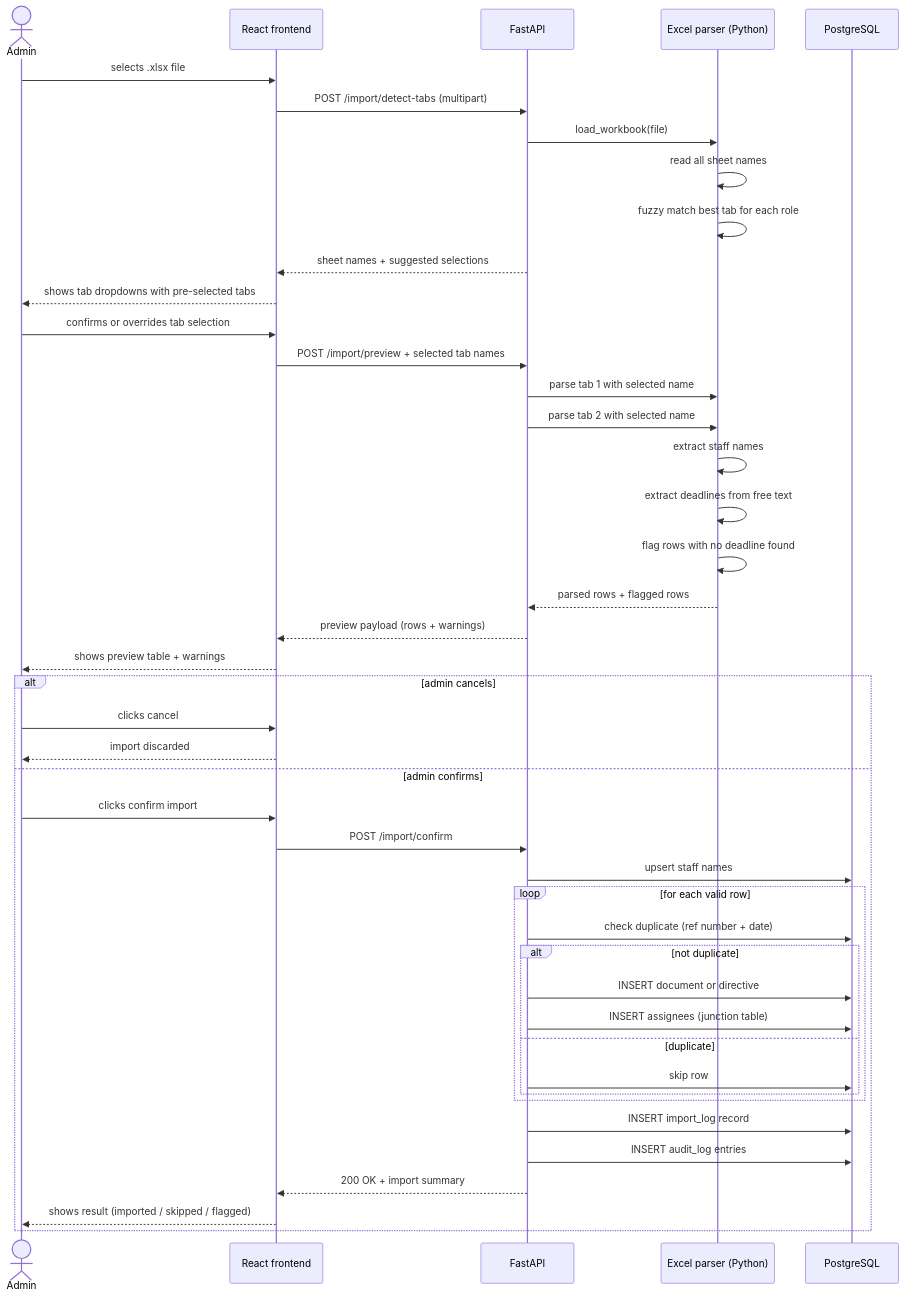
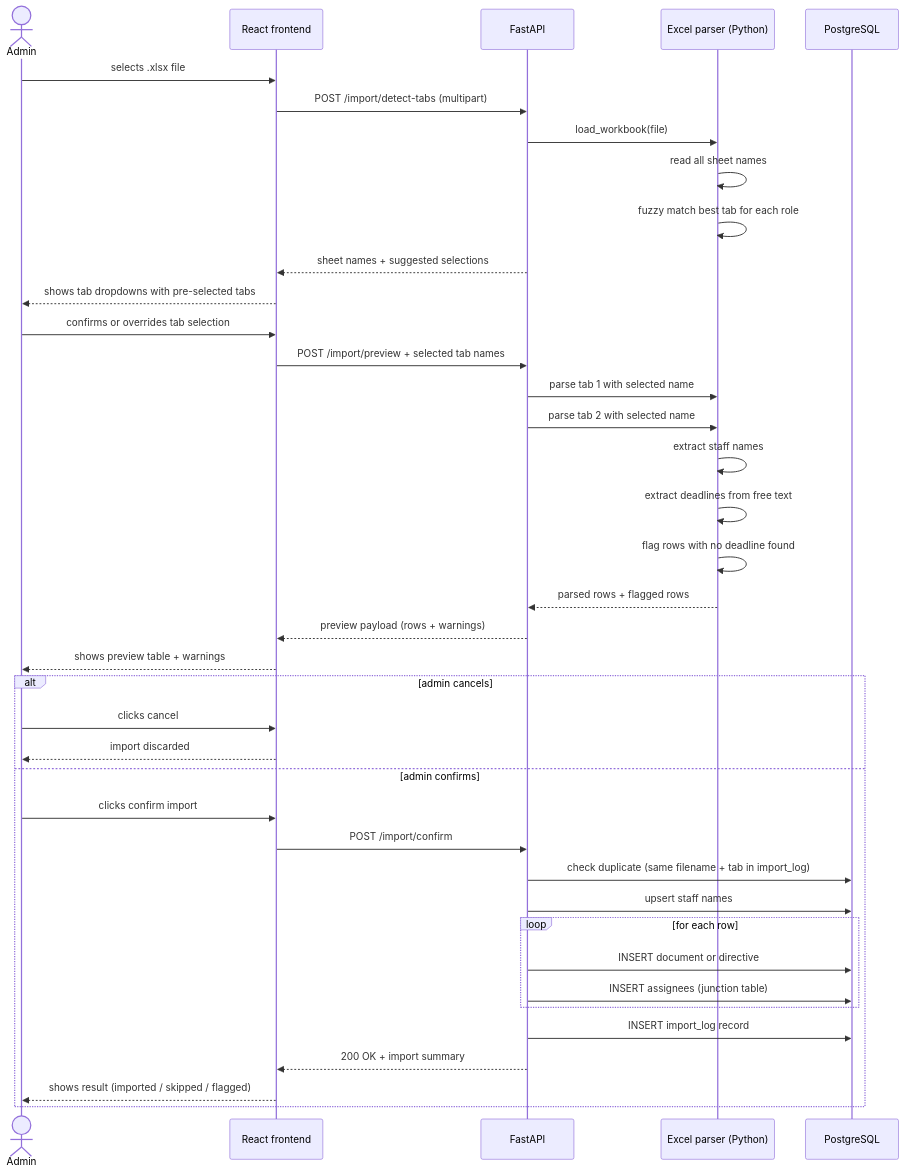
One commit to HieuPhan14/Deadline_Management_App changed the second of 3 diagrams in deadline-app/docs/sequence_diagrams.md. Above: the diagram before and after it, drawn with Mermaid. The commit also changed other lines of this file and 7 other files, not shown here.

````diff
--- a/deadline-app/docs/sequence_diagrams.md
+++ b/deadline-app/docs/sequence_diagrams.md
@@ -40,48 +40,43 @@
 ```mermaid
 sequenceDiagram
   actor Admin
   participant React as React frontend
   participant API as FastAPI
   participant Parser as Excel parser (Python)
   participant DB as PostgreSQL
  
   Admin->>React: selects .xlsx file
   React->>API: POST /import/detect-tabs (multipart)
   API->>Parser: load_workbook(file)
   Parser->>Parser: read all sheet names
   Parser->>Parser: fuzzy match best tab for each role
   API-->>React: sheet names + suggested selections
   React-->>Admin: shows tab dropdowns with pre-selected tabs
   Admin->>React: confirms or overrides tab selection
   React->>API: POST /import/preview + selected tab names
   API->>Parser: parse tab 1 with selected name
   API->>Parser: parse tab 2 with selected name
   Parser->>Parser: extract staff names
   Parser->>Parser: extract deadlines from free text
   Parser->>Parser: flag rows with no deadline found
   Parser-->>API: parsed rows + flagged rows
   API-->>React: preview payload (rows + warnings)
   React-->>Admin: shows preview table + warnings
  
   alt admin cancels
     Admin->>React: clicks cancel
     React-->>Admin: import discarded
   else admin confirms
     Admin->>React: clicks confirm import
     React->>API: POST /import/confirm
+    API->>DB: check duplicate (same filename + tab in import_log)
     API->>DB: upsert staff names
-    loop for each valid row
-      API->>DB: check duplicate (ref number + date)
-      alt not duplicate
-        API->>DB: INSERT document or directive
-        API->>DB: INSERT assignees (junction table)
-      else duplicate
-        API->>DB: skip row
-      end
+    loop for each row
+      API->>DB: INSERT document or directive
+      API->>DB: INSERT assignees (junction table)
     end
     API->>DB: INSERT import_log record
-    API->>DB: INSERT audit_log entries
     API-->>React: 200 OK + import summary
     React-->>Admin: shows result (imported / skipped / flagged)
   end
 ```
````
